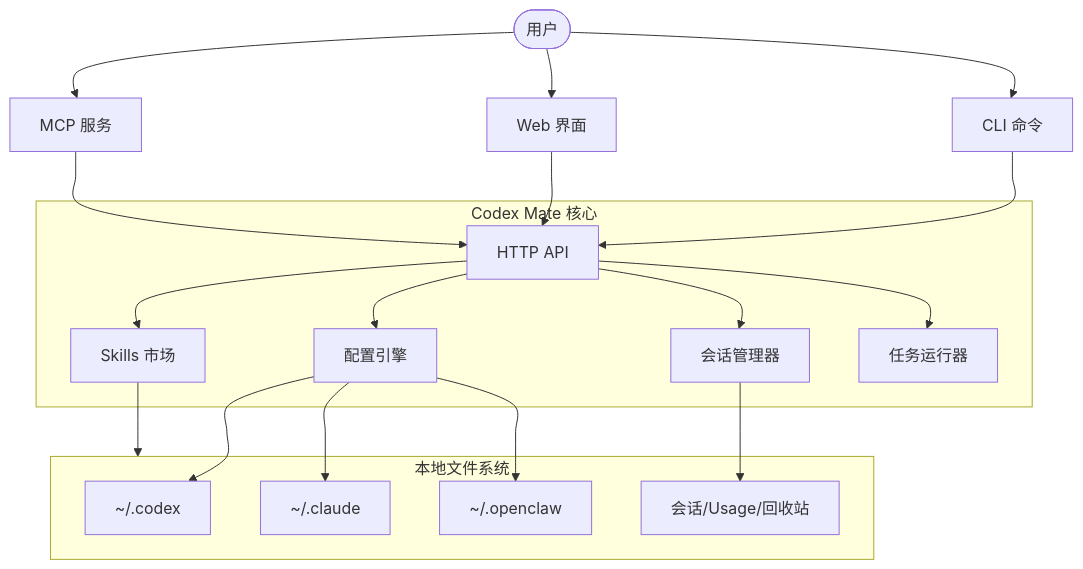
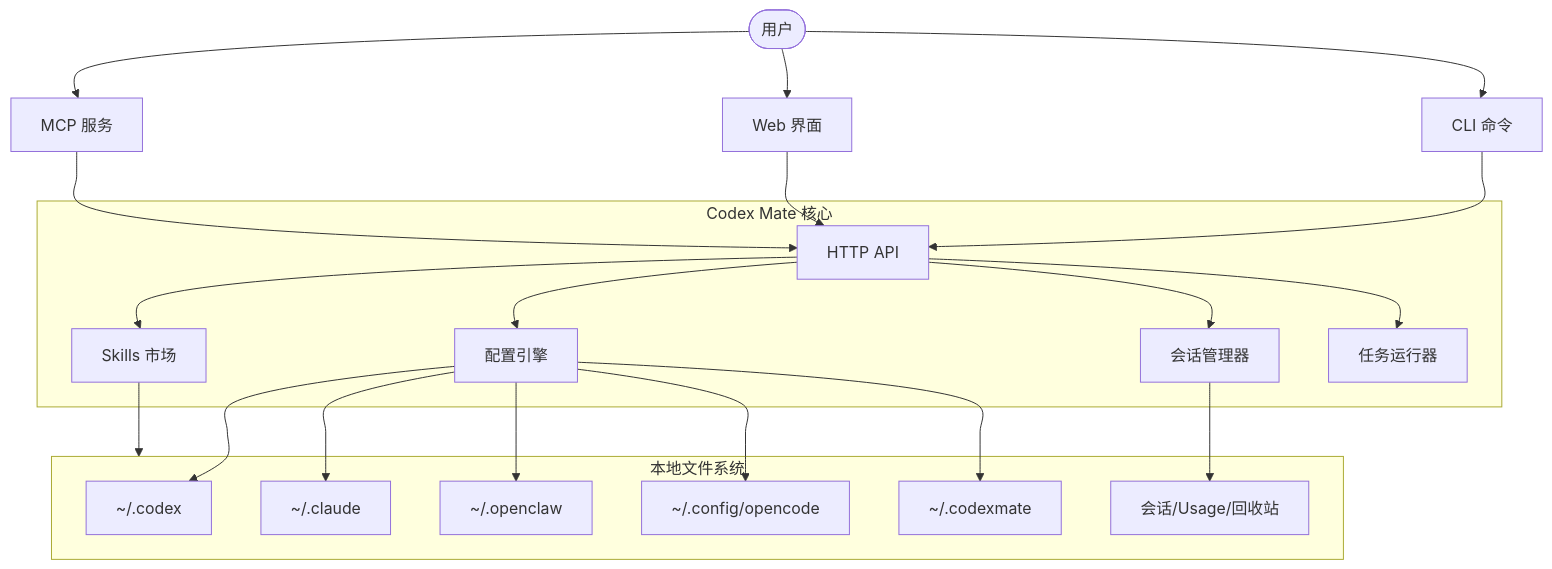
The diagram in README.zh.md (yanacuti1121/codexmate), drawn with Mermaid before and after one commit. The commit also changed other lines of this file and 28 other files, not shown here.

First line of the commit message:
feat(ui): add OpenCode config editor (#191)

````diff
--- a/README.zh.md
+++ b/README.zh.md
@@ -121,32 +132,34 @@
 ```mermaid
 %%{ init: { 'flowchart': { 'curve': 'catmullRom' } } }%%
 flowchart TD
     User([用户])
     CLI[CLI 命令]
     WebUI[Web 界面]
     MCP[MCP 服务]
 
     subgraph Mate [Codex Mate 核心]
         API[HTTP API]
         Config[配置引擎]
         Session[会话管理器]
         Skills[Skills 市场]
         Tasks[任务运行器]
     end
 
     subgraph Local [本地文件系统]
         CodexDir[~/.codex]
         ClaudeDir[~/.claude]
         ClawDir[~/.openclaw]
+        OpenCodeDir[~/.config/opencode]
+        MateDir[~/.codexmate]
         State[会话/Usage/回收站]
     end
 
     User --> CLI & WebUI & MCP
     CLI & WebUI & MCP --> API
 
     API --> Config & Session & Skills & Tasks
 
-    Config --> CodexDir & ClaudeDir & ClawDir
+    Config --> CodexDir & ClaudeDir & ClawDir & OpenCodeDir & MateDir
     Session --> State
     Skills --> Local
 ```
````
